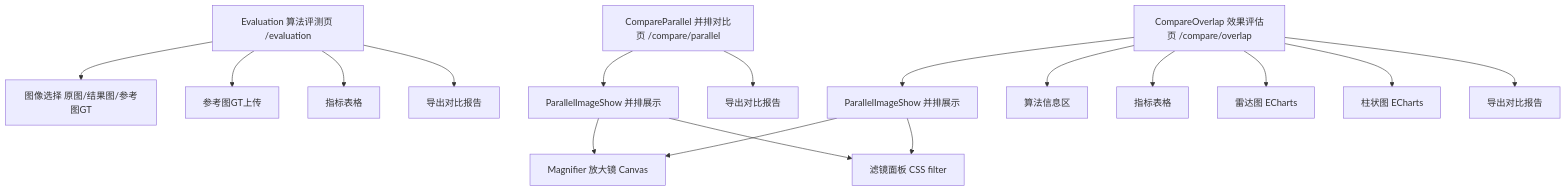
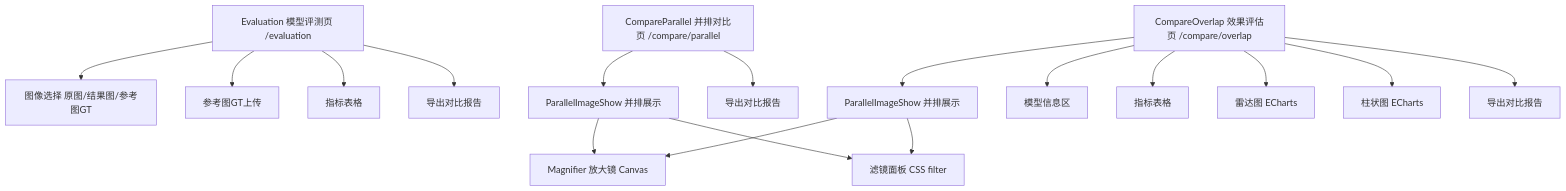
The diagram in dehaze-doc/docs/03-模块设计/核心模块/效果对比/前端实现.md (earthy-zinc/dehaze-system), drawn with Mermaid before and after one commit. The commit also changed other lines of this file and 239 other files, not shown here.

````diff
--- a/dehaze-doc/docs/03-模块设计/核心模块/效果对比/前端实现.md
+++ b/dehaze-doc/docs/03-模块设计/核心模块/效果对比/前端实现.md
@@ -13,22 +13,22 @@
 ```mermaid
 graph TD
-    Evaluation[Evaluation 算法评测页 /evaluation]
+    Evaluation[Evaluation 模型评测页 /evaluation]
     Evaluation --> ImageSelect[图像选择 原图/结果图/参考图GT]
     Evaluation --> GtUpload[参考图GT上传]
     Evaluation --> MetricsTableA[指标表格]
     Evaluation --> ReportExportA[导出对比报告]
     CompareParallel[CompareParallel 并排对比页 /compare/parallel]
     CompareParallel --> ParallelImageShowA[ParallelImageShow 并排展示]
     CompareParallel --> ReportExportB[导出对比报告]
     CompareOverlap[CompareOverlap 效果评估页 /compare/overlap]
     CompareOverlap --> ParallelImageShowB[ParallelImageShow 并排展示]
-    CompareOverlap --> AlgorithmInfo[算法信息区]
+    CompareOverlap --> AlgorithmInfo[模型信息区]
     CompareOverlap --> MetricsTable[指标表格]
     CompareOverlap --> RadarChart[雷达图 ECharts]
     CompareOverlap --> BarChart[柱状图 ECharts]
     CompareOverlap --> ReportExportC[导出对比报告]
     ParallelImageShowA --> Magnifier[Magnifier 放大镜 Canvas]
     ParallelImageShowA --> FilterPanel[滤镜面板 CSS filter]
     ParallelImageShowB --> Magnifier
     ParallelImageShowB --> FilterPanel
 ```
````
